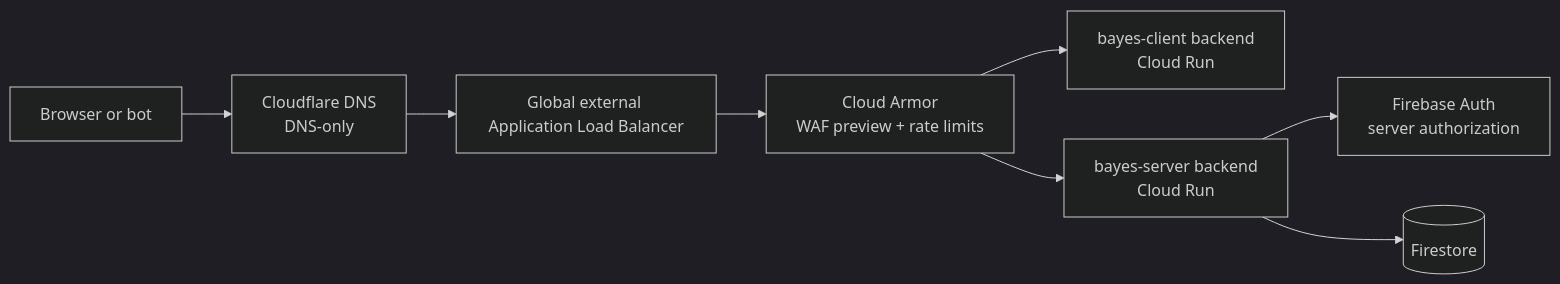
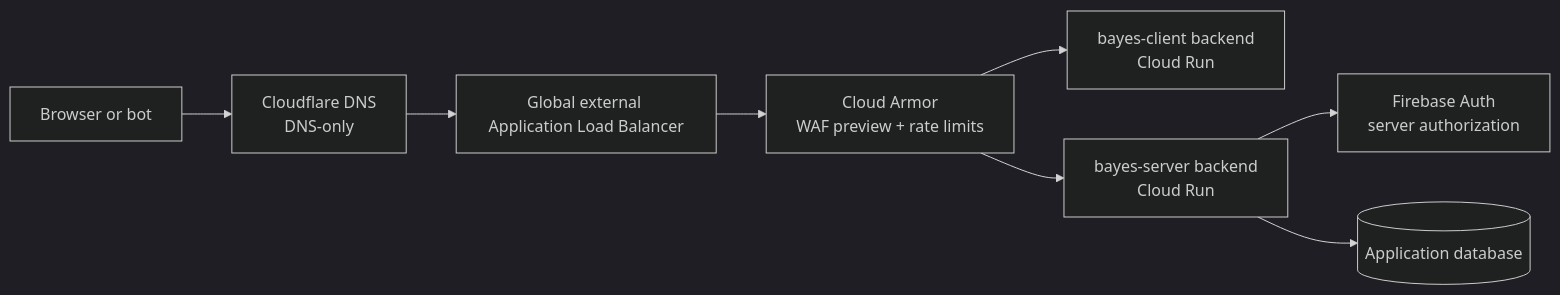
One commit to bayes-institute/bayes-learning-platform changed the diagram in planning/02_PUBLIC_ABUSE_AND_COST_HARDENING.md. Above: the diagram before and after it, drawn with Mermaid (dark theme). The commit also changed other lines of this file and 12 other files, not shown here.

````diff
--- a/planning/02_PUBLIC_ABUSE_AND_COST_HARDENING.md
+++ b/planning/02_PUBLIC_ABUSE_AND_COST_HARDENING.md
@@ -18,10 +18,10 @@
 ```mermaid
 flowchart LR
     U[Browser or bot] --> DNS[Cloudflare DNS<br/>DNS-only]
     DNS --> ALB[Global external Application Load Balancer]
     ALB --> ARMOR[Cloud Armor<br/>WAF preview + rate limits]
     ARMOR --> CLIENT[bayes-client backend<br/>Cloud Run]
     ARMOR --> API[bayes-server backend<br/>Cloud Run]
     API --> AUTH[Firebase Auth<br/>server authorization]
-    API --> DB[(Firestore)]
+    API --> DB[(Application database)]
 ```
````
